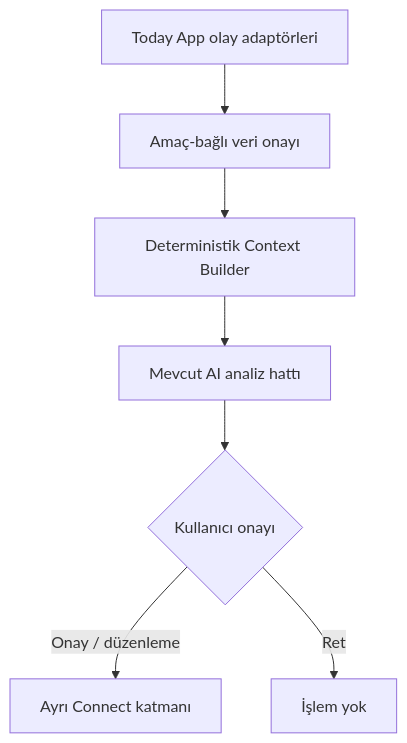
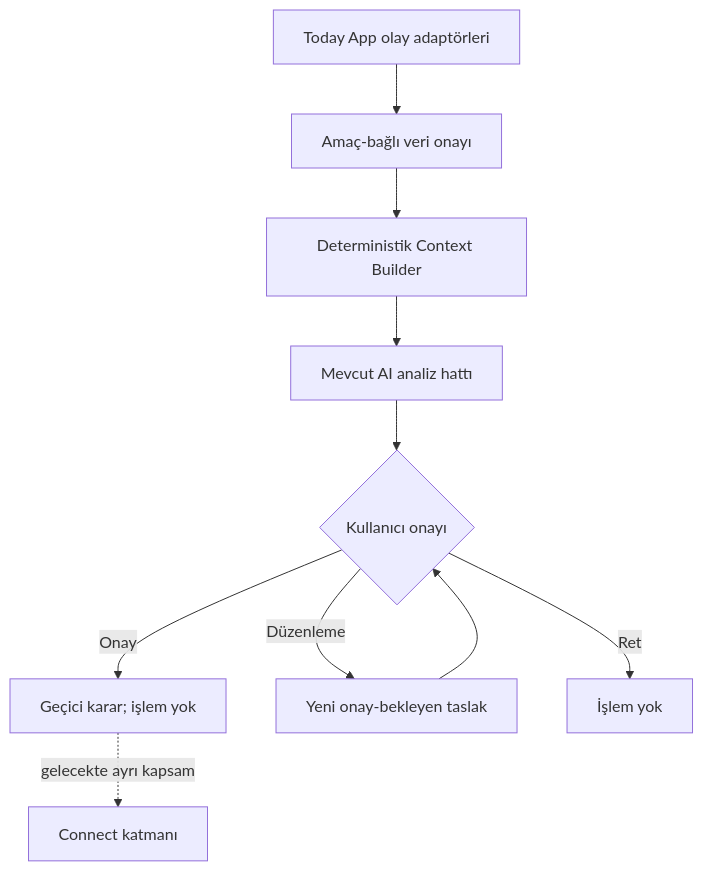
One commit to mtayfunturk-collab/Today changed the diagram in Today-AI-Engine/docs/ARCHITECTURE.md. Above: the diagram before and after it, drawn with Mermaid. The commit also changed other lines of this file and 7 other files, not shown here.

````diff
--- a/Today-AI-Engine/docs/ARCHITECTURE.md
+++ b/Today-AI-Engine/docs/ARCHITECTURE.md
@@ -21,9 +23,12 @@
 ```mermaid
 flowchart TD
   A["Today App olay adaptörleri"] --> B["Amaç-bağlı veri onayı"]
   B --> C["Deterministik Context Builder"]
   C --> D["Mevcut AI analiz hattı"]
   D --> E{"Kullanıcı onayı"}
-  E -->|"Onay / düzenleme"| F["Ayrı Connect katmanı"]
+  E -->|"Onay"| F["Geçici karar; işlem yok"]
+  E -->|"Düzenleme"| H["Yeni onay-bekleyen taslak"]
+  H --> E
   E -->|"Ret"| G["İşlem yok"]
+  F -. "gelecekte ayrı kapsam" .-> I["Connect katmanı"]
 ```
````
